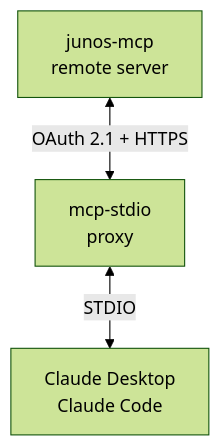
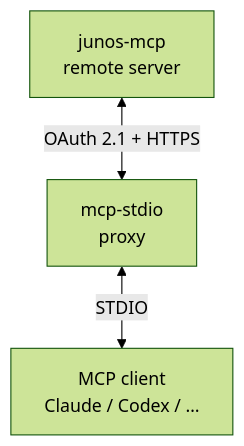
The diagram in README.md (shigechika/junos-mcp), drawn with Mermaid (forest theme) before and after one commit. The commit also changed other lines of this file and 5 other files, not shown here.

First line of the commit message:
docs: show junos-mcp works with non-Claude MCP clients (Codex) (#104)

````diff
--- a/README.md
+++ b/README.md
@@ -328,5 +340,5 @@
 ```mermaid
 graph TB
     A[junos-mcp<br/>remote server] <-- "OAuth 2.1 + HTTPS" --> B[mcp-stdio<br/>proxy]
-    B <-- "STDIO" --> C[Claude Desktop<br/>Claude Code]
+    B <-- "STDIO" --> C[MCP client<br/>Claude / Codex / …]
 ```
````
